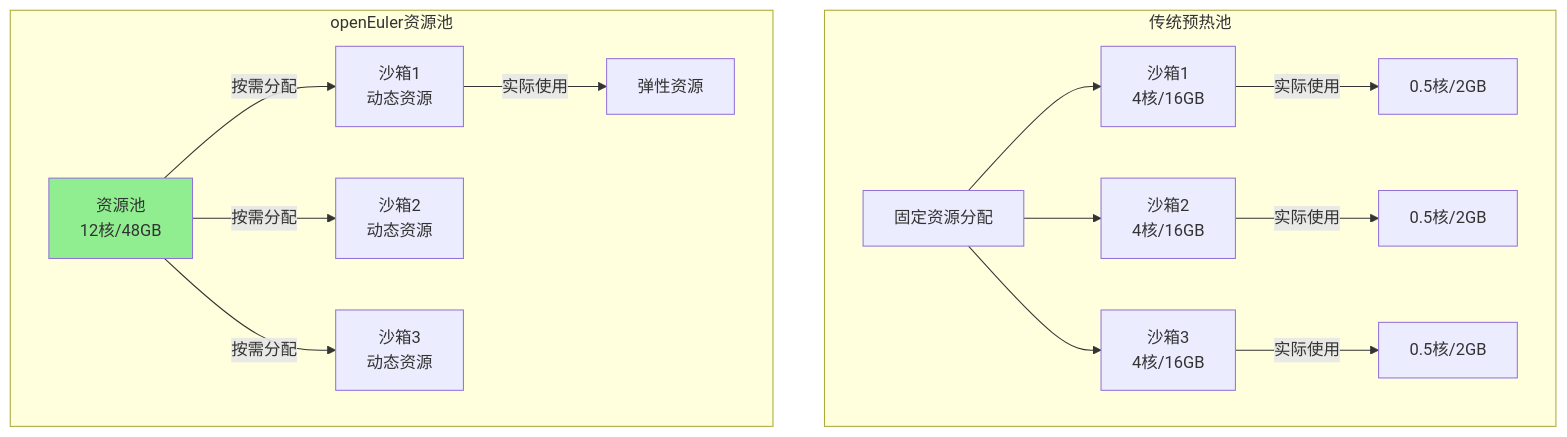
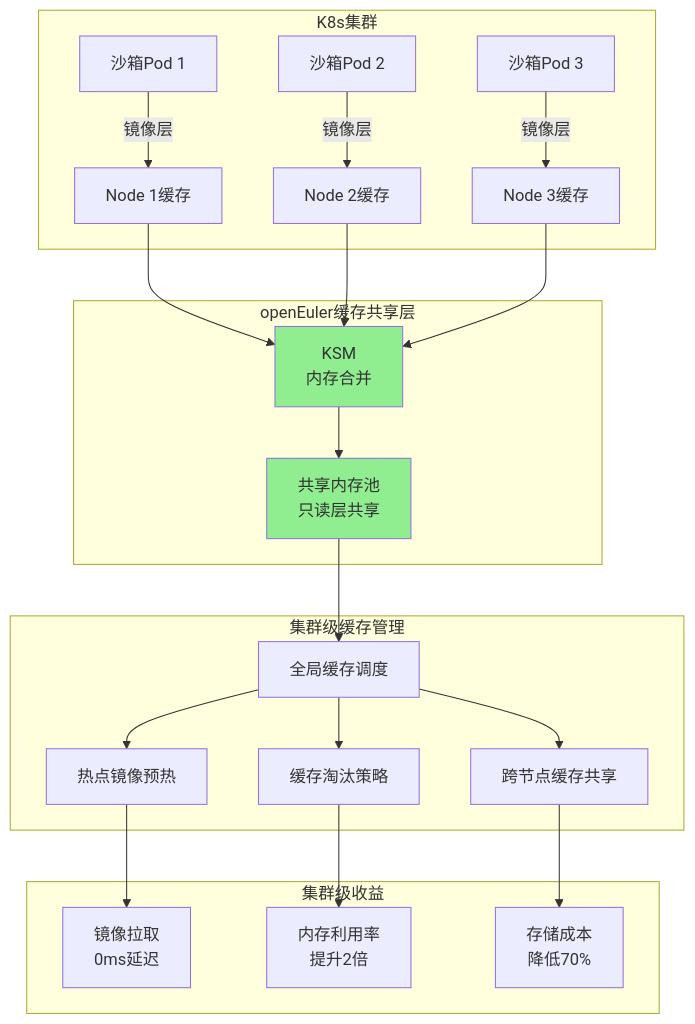
Diagram 12 of 21 in docs/superpowers/specs/2026-03-22-agent-sandbox-technical-roadmap.md (QJWang23/sandbox), drawn with Mermaid before and after one commit. The commit also changed other lines of this file, not shown here.

First line of the commit message:
Update technical roadmap with cluster-level infrastructure focus

````diff
--- a/docs/superpowers/specs/2026-03-22-agent-sandbox-technical-roadmap.md
+++ b/docs/superpowers/specs/2026-03-22-agent-sandbox-technical-roadmap.md
@@ -456,21 +494,31 @@
 ```mermaid
 graph TB
-    subgraph "传统预热池"
-        A[固定资源分配] --> B[沙箱1<br/>4核/16GB]
-        A --> C[沙箱2<br/>4核/16GB]
-        A --> D[沙箱3<br/>4核/16GB]
-        B -->|实际使用| E[0.5核/2GB]
-        C -->|实际使用| F[0.5核/2GB]
-        D -->|实际使用| G[0.5核/2GB]
+    subgraph "K8s集群"
+        A[沙箱Pod 1] -->|镜像层| B[Node 1缓存]
+        C[沙箱Pod 2] -->|镜像层| D[Node 2缓存]
+        E[沙箱Pod 3] -->|镜像层| F[Node 3缓存]
     end
 
-    subgraph "openEuler资源池"
-        H[资源池<br/>12核/48GB] -->|按需分配| I[沙箱1<br/>动态资源]
-        H -->|按需分配| J[沙箱2<br/>动态资源]
-        H -->|按需分配| K[沙箱3<br/>动态资源]
-
-        I -->|实际使用| L[弹性资源]
+    subgraph "openEuler缓存共享层"
+        B --> G[KSM<br/>内存合并]
+        D --> G
+        F --> G
+        G --> H[共享内存池<br/>只读层共享]
     end
 
+    subgraph "集群级缓存管理"
+        H --> I[全局缓存调度]
+        I --> J[热点镜像预热]
+        I --> K[缓存淘汰策略]
+        I --> L[跨节点缓存共享]
+    end
+
+    subgraph "集群级收益"
+        J --> M[镜像拉取<br/>0ms延迟]
+        K --> N[内存利用率<br/>提升2倍]
+        L --> O[存储成本<br/>降低70%]
+    end
+
+    style G fill:#90EE90
     style H fill:#90EE90
 ```
````
